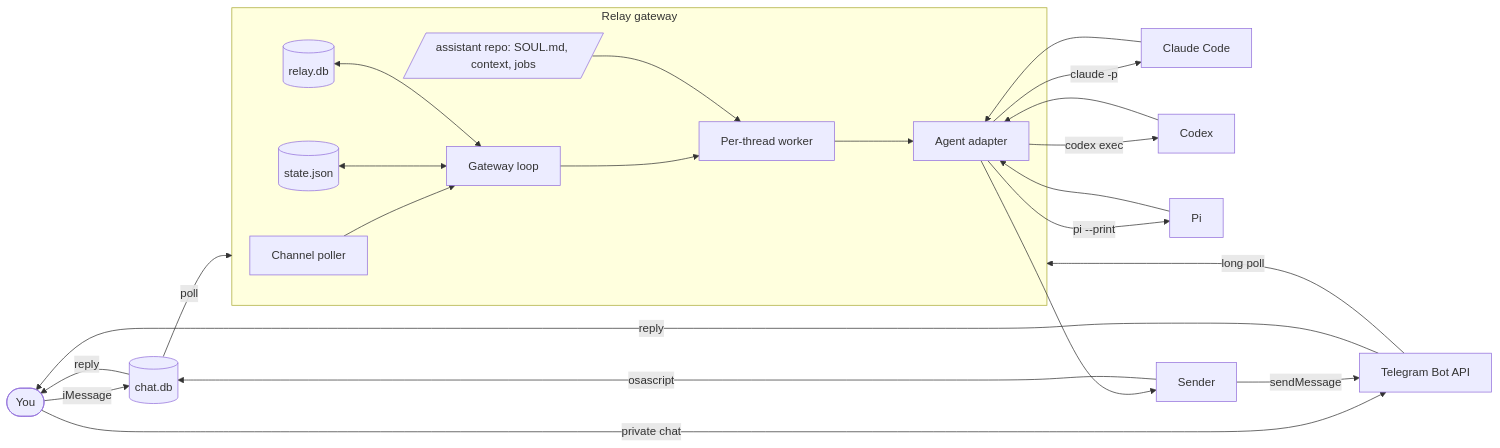
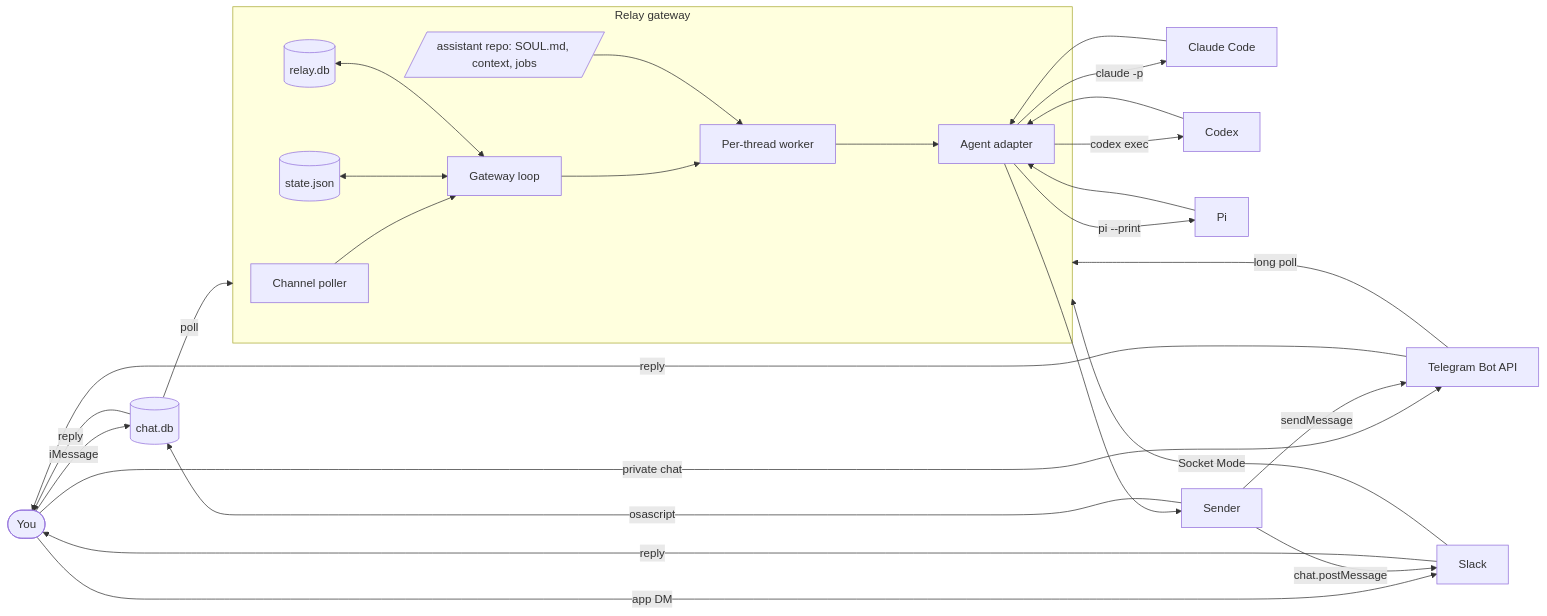
One commit to edheltzel/Relay changed the first of 2 diagrams in docs/architecture.md. Above: the diagram before and after it, drawn with Mermaid. The commit also changed other lines of this file and 24 other files, not shown here.

Commit message:
feat(slack): add direct message channel (#123)

````diff
--- a/docs/architecture.md
+++ b/docs/architecture.md
@@ -64,26 +64,30 @@
 ```mermaid
 flowchart LR
     user([You]) -->|iMessage| db[(chat.db)]
     user -->|private chat| tg[Telegram Bot API]
+    user -->|app DM| slack[Slack]
     db -->|poll| relay
     tg -->|long poll| relay
+    slack -->|Socket Mode| relay
     subgraph relay[Relay gateway]
         poller[Channel poller] --> gateway[Gateway loop]
         gateway --> worker[Per-thread worker]
         store[(state.json)] <--> gateway
         history[(relay.db)] <--> gateway
         assistant[/assistant repo: SOUL.md, context, jobs/] --> worker
         worker --> adapter[Agent adapter]
     end
     adapter -->|claude -p| claude[Claude Code]
     adapter -->|codex exec| codex[Codex]
     adapter -->|pi --print| pi[Pi]
     claude --> adapter
     codex --> adapter
     pi --> adapter
     adapter --> sender[Sender]
     sender -->|osascript| db
     sender -->|sendMessage| tg
+    sender -->|chat.postMessage| slack
     db -->|reply| user
     tg -->|reply| user
+    slack -->|reply| user
 ```
````
